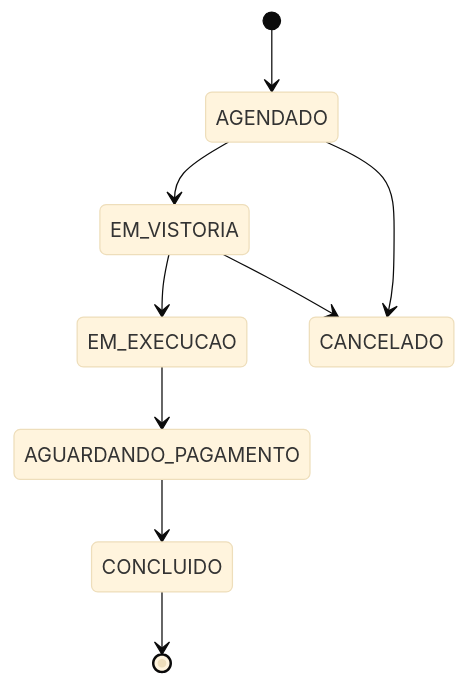
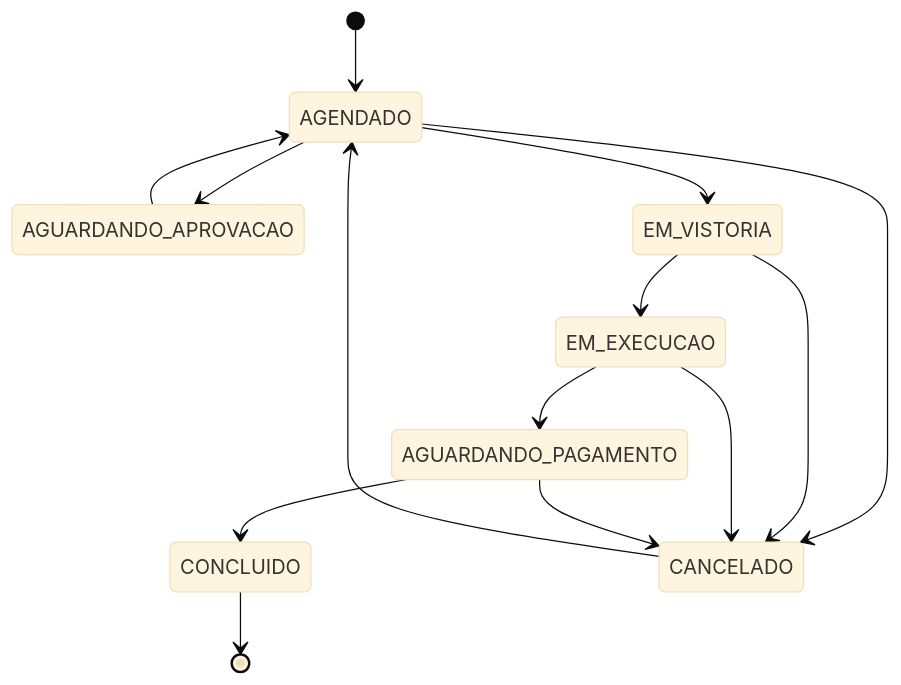
One commit to Gust4dev/autevo changed the diagram in docs/FEATURES.md. Above: the diagram before and after it, drawn with Mermaid (base theme). The commit also changed other lines of this file and 23 other files, not shown here.

````diff
--- a/docs/FEATURES.md
+++ b/docs/FEATURES.md
@@ -56,11 +63,16 @@
 ```mermaid
 stateDiagram-v2
     [*] --> AGENDADO
+    AGENDADO --> AGUARDANDO_APROVACAO
+    AGUARDANDO_APROVACAO --> AGENDADO
     AGENDADO --> EM_VISTORIA
     EM_VISTORIA --> EM_EXECUCAO
     EM_EXECUCAO --> AGUARDANDO_PAGAMENTO
     AGUARDANDO_PAGAMENTO --> CONCLUIDO
     CONCLUIDO --> [*]
     AGENDADO --> CANCELADO
     EM_VISTORIA --> CANCELADO
+    EM_EXECUCAO --> CANCELADO
+    AGUARDANDO_PAGAMENTO --> CANCELADO
+    CANCELADO --> AGENDADO
 ```
````
